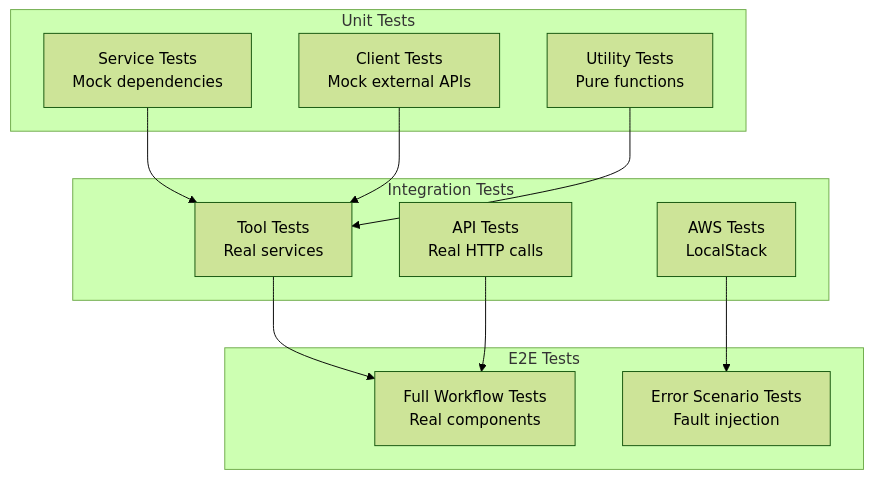
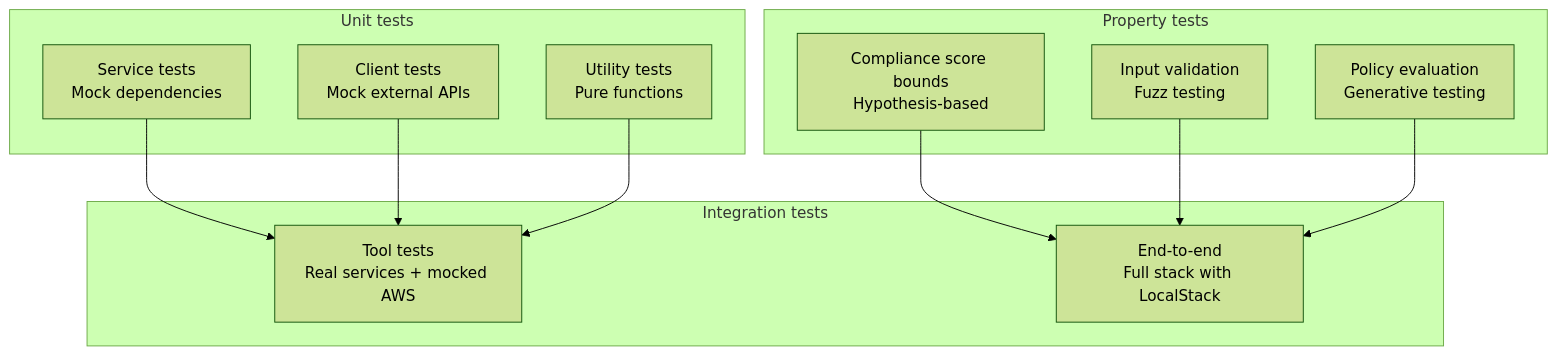
Before and after one commit to OptimNow/finops-tag-compliance-mcp: the seventh of 7 diagrams in docs/diagrams/04-component-diagram.md, drawn with Mermaid (forest theme). The commit also changed other lines of this file and 6 other files, not shown here.

First line of the commit message:
docs: rewrite diagrams for stdio architecture, delete HTTP-only docs

````diff
--- a/docs/diagrams/04-component-diagram.md
+++ b/docs/diagrams/04-component-diagram.md
@@ -404,26 +445,26 @@
 ```mermaid
 graph TB
-    subgraph "Unit Tests"
-        UT1[Service Tests<br/>Mock dependencies]
-        UT2[Client Tests<br/>Mock external APIs]
-        UT3[Utility Tests<br/>Pure functions]
+    subgraph "Unit tests"
+        UT1[Service tests<br/>Mock dependencies]
+        UT2[Client tests<br/>Mock external APIs]
+        UT3[Utility tests<br/>Pure functions]
     end
 
-    subgraph "Integration Tests"
-        IT1[Tool Tests<br/>Real services]
-        IT2[API Tests<br/>Real HTTP calls]
-        IT3[AWS Tests<br/>LocalStack]
+    subgraph "Property tests"
+        PT1[Compliance score bounds<br/>Hypothesis-based]
+        PT2[Input validation<br/>Fuzz testing]
+        PT3[Policy evaluation<br/>Generative testing]
     end
 
-    subgraph "E2E Tests"
-        E2E1[Full Workflow Tests<br/>Real components]
-        E2E2[Error Scenario Tests<br/>Fault injection]
+    subgraph "Integration tests"
+        IT1[Tool tests<br/>Real services + mocked AWS]
+        IT2[End-to-end<br/>Full stack with LocalStack]
     end
 
     UT1 --> IT1
     UT2 --> IT1
     UT3 --> IT1
-    IT1 --> E2E1
-    IT2 --> E2E1
-    IT3 --> E2E2
+    PT1 --> IT2
+    PT2 --> IT2
+    PT3 --> IT2
 ```
````
